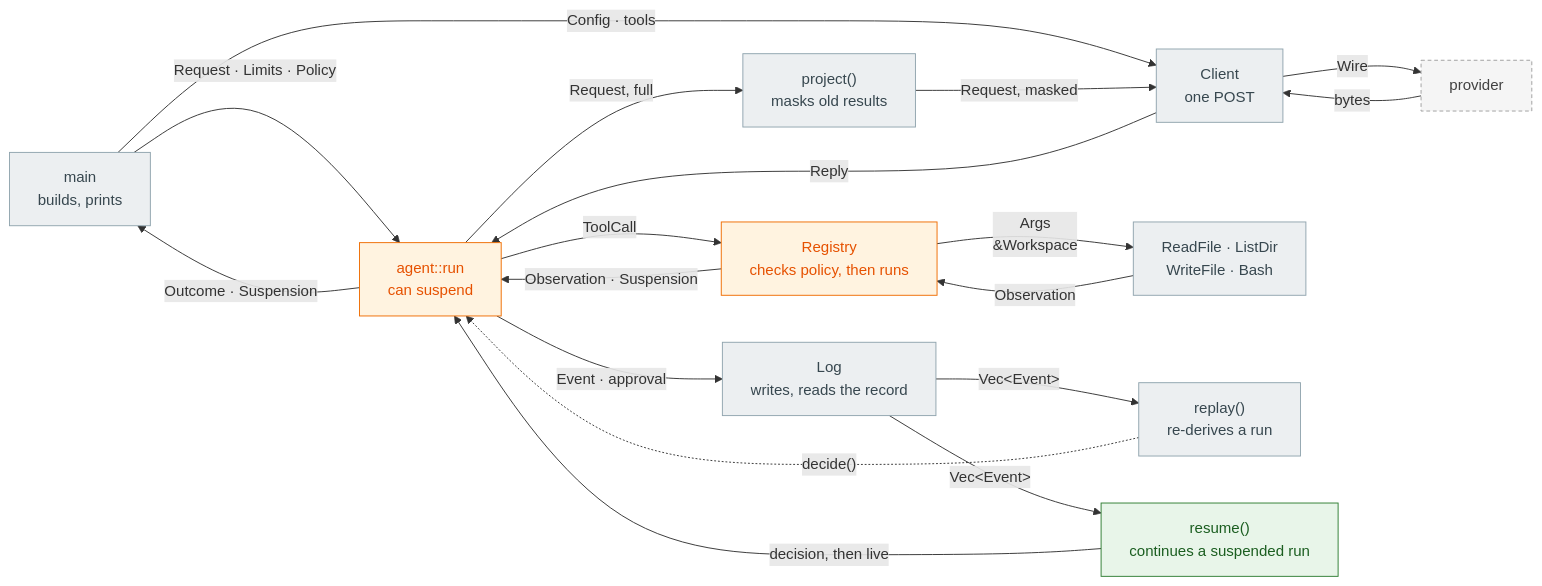
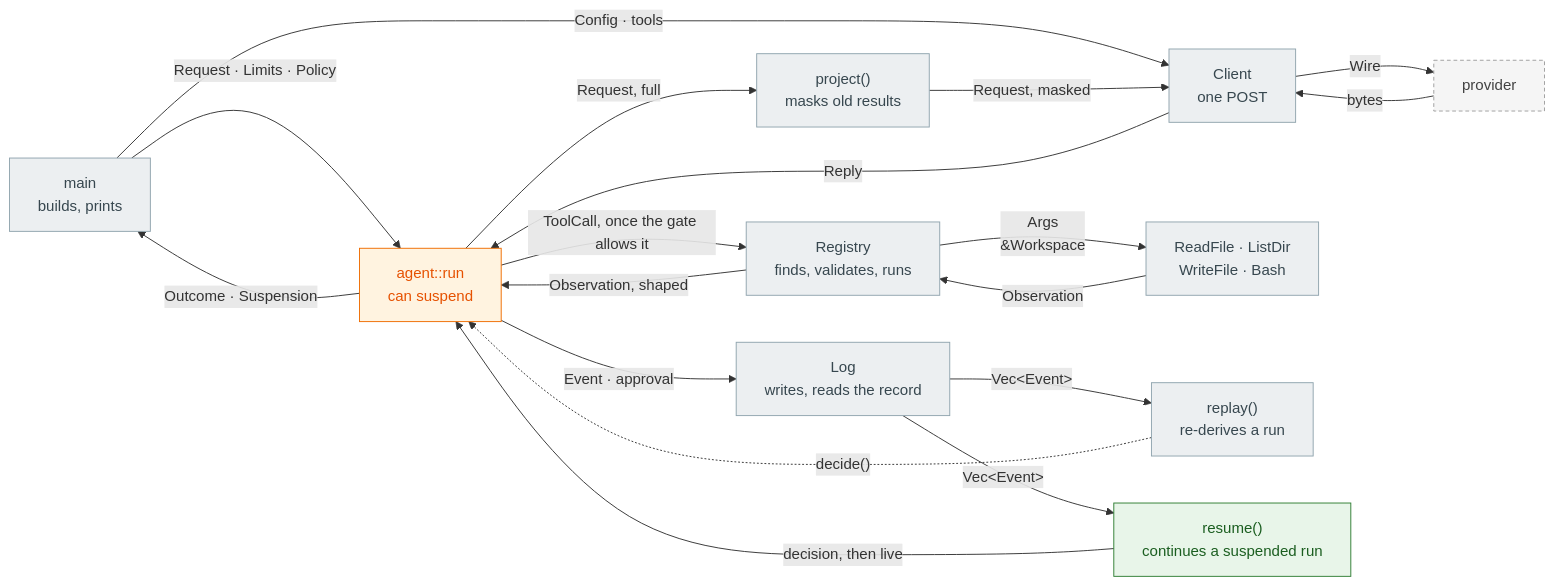
One commit to skinssong/my_harness changed the diagram in diagrams/p5-structs.mmd. Above: the diagram before and after it, drawn with Mermaid. The commit also changed 17 other files, not shown here.

```diff
--- a/diagrams/p5-structs.mmd
+++ b/diagrams/p5-structs.mmd
@@ -1,34 +1,34 @@
 flowchart LR
     MAIN["main<br/>builds, prints"]:::existing
     LOOP["agent::run<br/>can suspend"]:::changed
     CLIENT["Client<br/>one POST"]:::existing
-    REG["Registry<br/>checks policy, then runs"]:::changed
+    REG["Registry<br/>finds, validates, runs"]:::existing
     TOOLS["ReadFile · ListDir<br/>WriteFile · Bash"]:::existing
     LOG["Log<br/>writes, reads the record"]:::existing
     REPLAY["replay()<br/>re-derives a run"]:::existing
     PROJECT["project()<br/>masks old results"]:::existing
     RESUME["resume()<br/>continues a suspended run"]:::added
     PROV["provider"]:::external
 
     MAIN -->|"Request · Limits · Policy"| LOOP
     MAIN -->|"Config · tools"| CLIENT
     LOOP -->|"Request, full"| PROJECT
     PROJECT -->|"Request, masked"| CLIENT
     CLIENT -->|"Wire"| PROV
     PROV -->|"bytes"| CLIENT
     CLIENT -->|"Reply"| LOOP
-    LOOP -->|"ToolCall"| REG
+    LOOP -->|"ToolCall, once the gate allows it"| REG
     REG -->|"Args<br/>&amp;Workspace"| TOOLS
     TOOLS -->|"Observation"| REG
-    REG -->|"Observation · Suspension"| LOOP
+    REG -->|"Observation, shaped"| LOOP
     LOOP -->|"Outcome · Suspension"| MAIN
     LOOP -->|"Event · approval"| LOG
     LOG -->|"Vec&lt;Event&gt;"| REPLAY
     REPLAY -. "decide()" .-> LOOP
     LOG -->|"Vec&lt;Event&gt;"| RESUME
     RESUME -->|"decision, then live"| LOOP
 
     classDef existing fill:#ECEFF1,stroke:#90A4AE,color:#37474F
     classDef added fill:#E8F5E9,stroke:#2E7D32,color:#1B5E20
     classDef changed fill:#FFF3E0,stroke:#EF6C00,color:#E65100
     classDef external fill:#F5F5F5,stroke:#9E9E9E,color:#424242,stroke-dasharray:4 3
```
